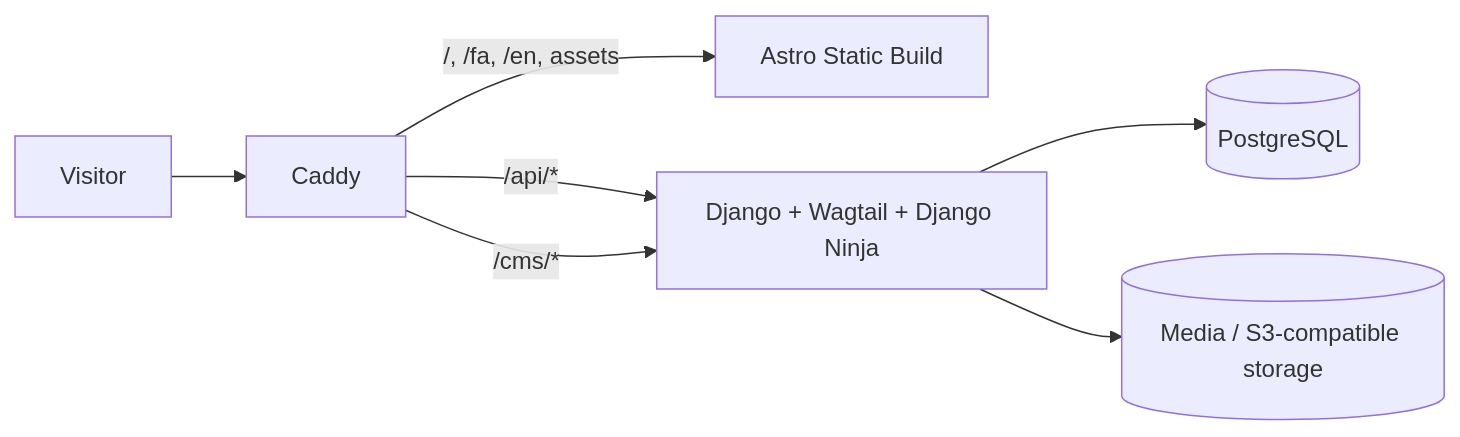
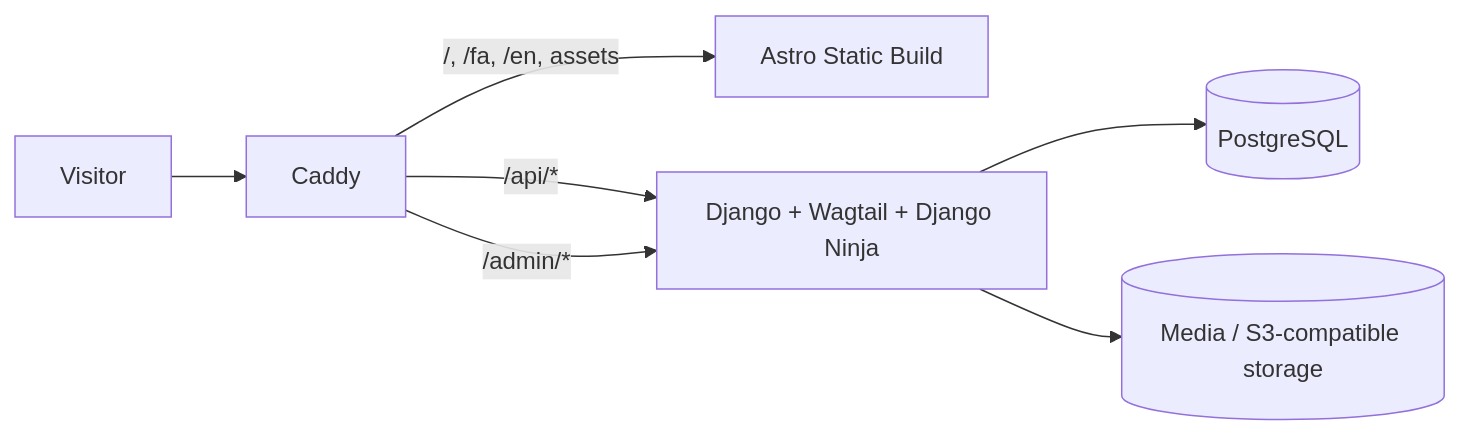
One commit to tahamohamadi-ir/Taha-personal-platform changed the first of 5 diagrams in docs/taha-personal-platform-technology-architecture-baseline-fa.md. Above: the diagram before and after it, drawn with Mermaid. The commit also changed other lines of this file and 9 other files, not shown here.

````diff
--- a/docs/taha-personal-platform-technology-architecture-baseline-fa.md
+++ b/docs/taha-personal-platform-technology-architecture-baseline-fa.md
@@ -1894,9 +1892,9 @@
 ```mermaid
 flowchart LR
     U[Visitor] --> C[Caddy]
     C -->|/, /fa, /en, assets| S[Astro Static Build]
     C -->|/api/*| D[Django + Wagtail + Django Ninja]
-    C -->|/cms/*| D
+    C -->|/admin/*| D
     D --> P[(PostgreSQL)]
     D --> M[(Media / S3-compatible storage)]
 ```
````
